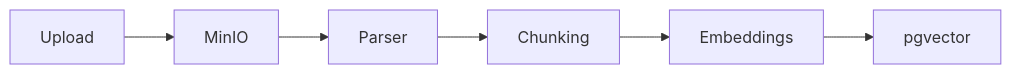
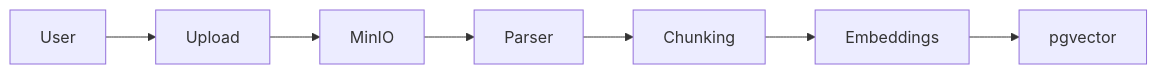
One commit to Urvity03/MLCopilot-Platform changed the second of 5 diagrams in README.md. Above: the diagram before and after it, drawn with Mermaid. The commit also changed other lines of this file, not shown here.

````diff
--- a/README.md
+++ b/README.md
@@ -72,4 +132,9 @@
 ``` mermaid
 flowchart LR
-Upload-->MinIO-->Parser-->Chunking-->Embeddings-->pgvector
+User-->Upload
+Upload-->MinIO
+MinIO-->Parser
+Parser-->Chunking
+Chunking-->Embeddings
+Embeddings-->pgvector
 ```
````
